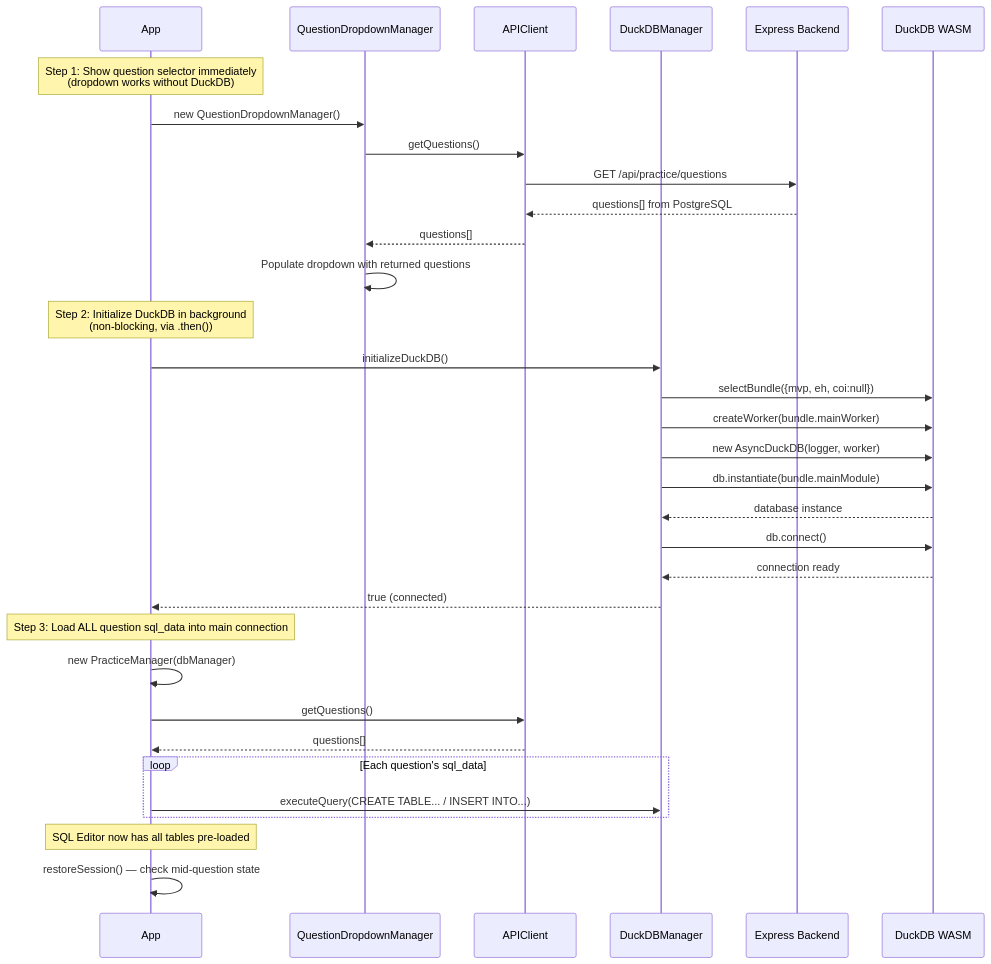
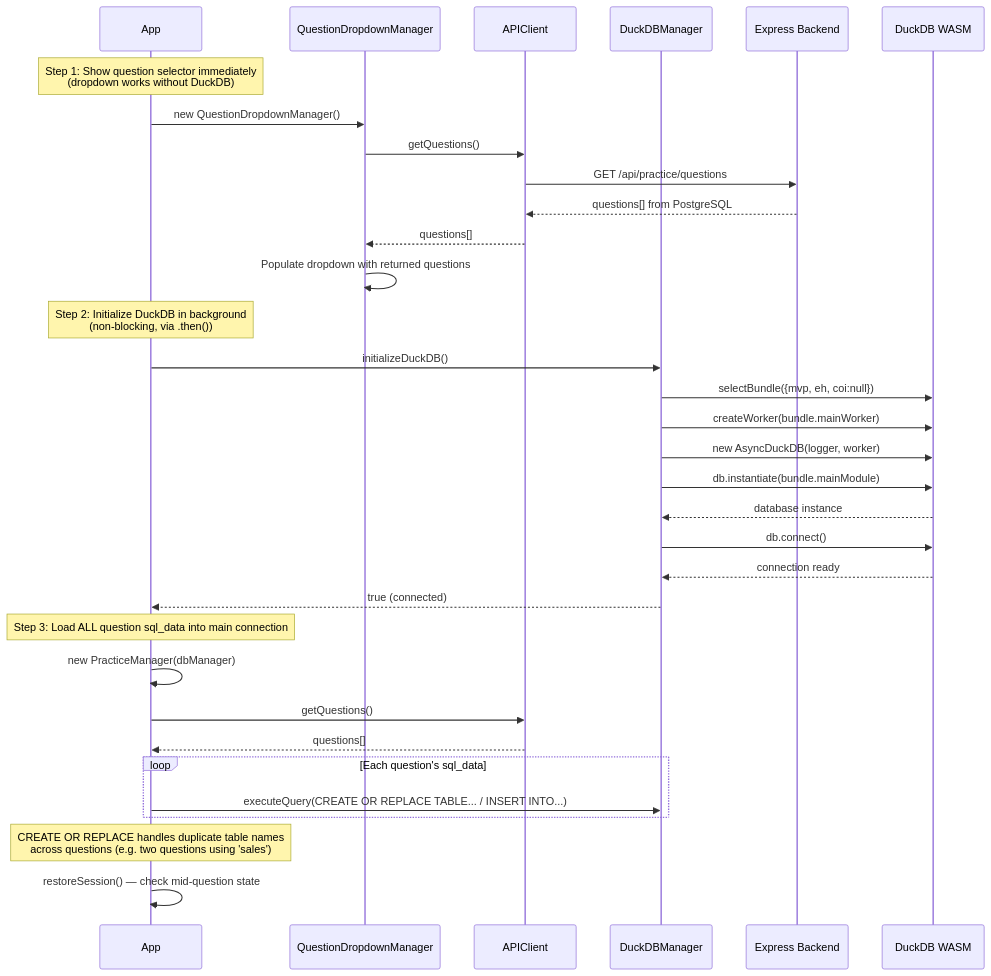
One commit to prateekpanjla-outlook/duckdb-wasm-ide changed the second of 10 diagrams in docs/sequence-diagram.md. Above: the diagram before and after it, drawn with Mermaid. The commit also changed other lines of this file and 1 other file, not shown here.

First line of the commit message:
docs: update architecture diagrams to match current code

````diff
--- a/docs/sequence-diagram.md
+++ b/docs/sequence-diagram.md
@@ -52,39 +69,39 @@
 ```mermaid
 sequenceDiagram
     participant App as App
     participant QDD as QuestionDropdownManager
     participant API as APIClient
     participant DM as DuckDBManager
     participant BE as Express Backend
     participant WASM as DuckDB WASM
 
     Note over App: Step 1: Show question selector immediately<br/>(dropdown works without DuckDB)
     App->>QDD: new QuestionDropdownManager()
     QDD->>API: getQuestions()
     API->>BE: GET /api/practice/questions
     BE-->>API: questions[] from PostgreSQL
     API-->>QDD: questions[]
     QDD->>QDD: Populate dropdown with returned questions
 
     Note over App: Step 2: Initialize DuckDB in background<br/>(non-blocking, via .then())
     App->>DM: initializeDuckDB()
     DM->>WASM: selectBundle({mvp, eh, coi:null})
     DM->>WASM: createWorker(bundle.mainWorker)
     DM->>WASM: new AsyncDuckDB(logger, worker)
     DM->>WASM: db.instantiate(bundle.mainModule)
     WASM-->>DM: database instance
     DM->>WASM: db.connect()
     WASM-->>DM: connection ready
     DM-->>App: true (connected)
 
     Note over App: Step 3: Load ALL question sql_data into main connection
     App->>App: new PracticeManager(dbManager)
     App->>API: getQuestions()
     API-->>App: questions[]
     loop Each question's sql_data
-        App->>DM: executeQuery(CREATE TABLE... / INSERT INTO...)
+        App->>DM: executeQuery(CREATE OR REPLACE TABLE... / INSERT INTO...)
     end
-    Note over App: SQL Editor now has all tables pre-loaded
+    Note over App: CREATE OR REPLACE handles duplicate table names<br/>across questions (e.g. two questions using 'sales')
 
     App->>App: restoreSession() — check mid-question state
 ```
````
